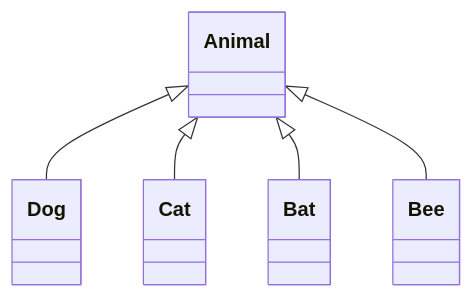
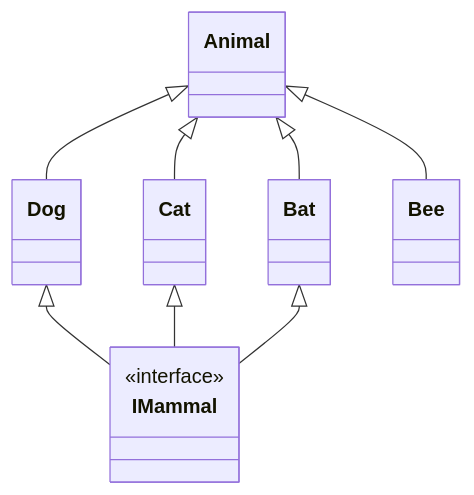
The diagram in AnimalKingdom/README.md (Sonia-Raposo/LP1Semana08), drawn with Mermaid before and after one commit.

Commit message:
Add interface IMammal

````diff
--- a/AnimalKingdom/README.md
+++ b/AnimalKingdom/README.md
@@ -3,12 +3,17 @@
 ```mermaid
 
 classDiagram
 
     Animal <|-- Dog
     Animal <|-- Cat
     Animal <|-- Bat
     Animal <|-- Bee
 
+    class IMammal
+    <<interface>> IMammal
+    Dog <|--IMammal
+    Cat <|--IMammal
+    Bat <|--IMammal
 
 
 ```
````
